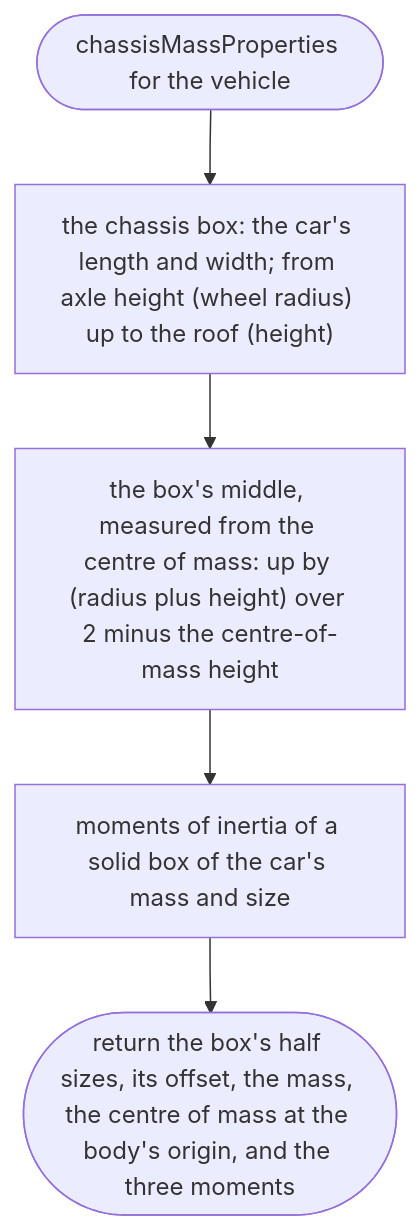
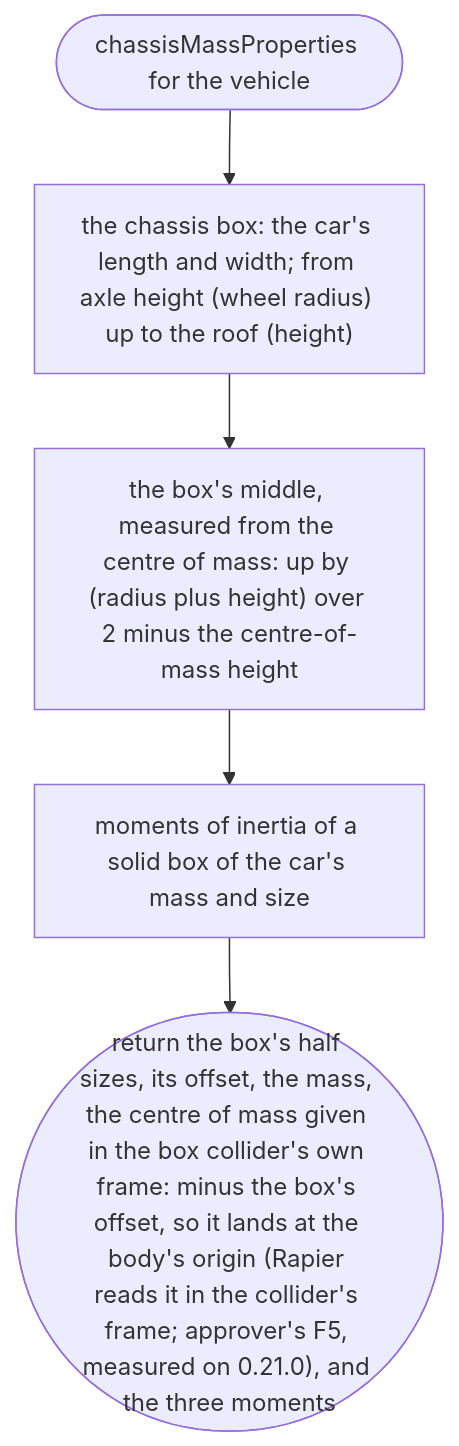
Before and after one commit to NewDara-Star/world-engine: the fourth of 7 diagrams in docs/designs/src/vehicle/rapier-settings.md, drawn with Mermaid. The commit also changed other lines of this file and 41 other files, not shown here.

````diff
--- a/docs/designs/src/vehicle/rapier-settings.md
+++ b/docs/designs/src/vehicle/rapier-settings.md
@@ -79,9 +82,9 @@
 ```mermaid
 flowchart TD
   s(["chassisMassProperties for the vehicle"])
   a["the chassis box: the car's length and width; from axle height (wheel radius) up to the roof (height)"]
   b["the box's middle, measured from the centre of mass: up by (radius plus height) over 2 minus the centre-of-mass height"]
   c["moments of inertia of a solid box of the car's mass and size"]
-  d(["return the box's half sizes, its offset, the mass, the centre of mass at the body's origin, and the three moments"])
+  d(["return the box's half sizes, its offset, the mass, the centre of mass given in the box collider's own frame: minus the box's offset, so it lands at the body's origin (Rapier reads it in the collider's frame; approver's F5, measured on 0.21.0), and the three moments"])
   s --> a --> b --> c --> d
 ```
````
